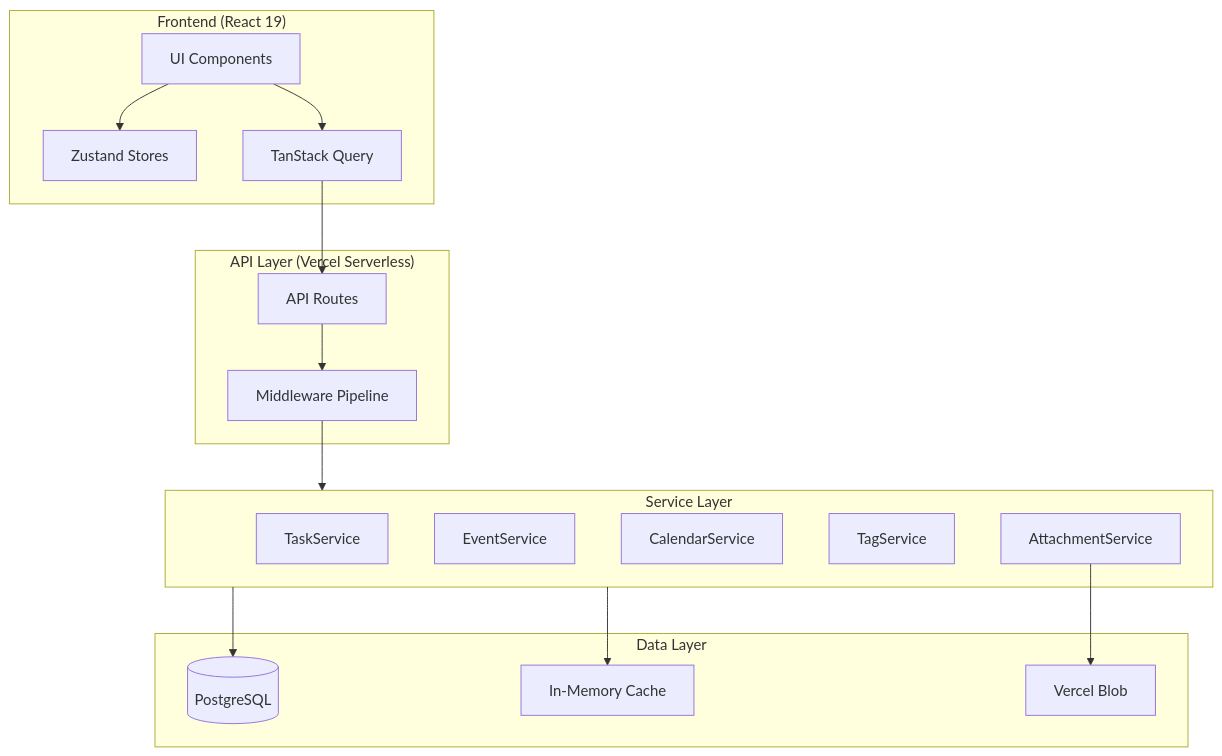
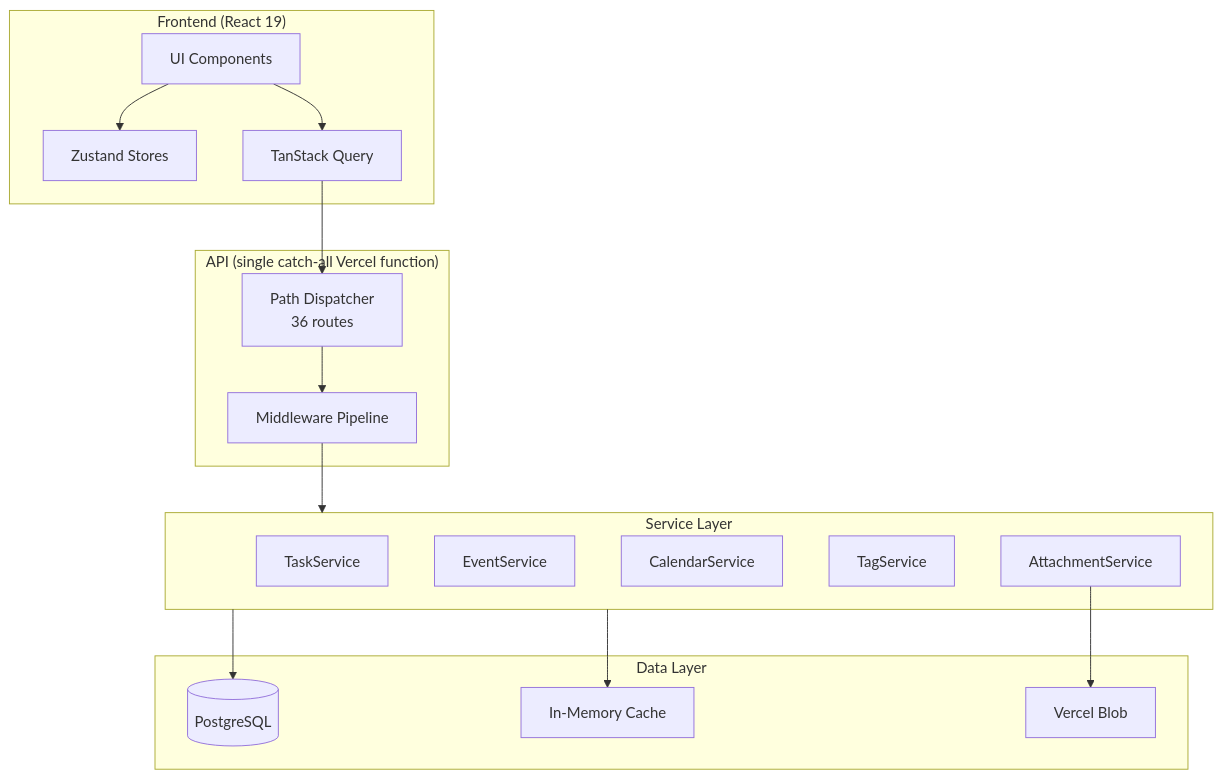
The first of 4 diagrams in README.md (yadava5/cadence), drawn with Mermaid before and after one commit. The commit also changed other lines of this file and 17 other files, not shown here.

````diff
--- a/README.md
+++ b/README.md
@@ -108,36 +103,36 @@
 ```mermaid
 flowchart TB
     subgraph Frontend["Frontend (React 19)"]
         UI[UI Components]
         Zustand[Zustand Stores]
         TanStack[TanStack Query]
     end
 
-    subgraph API["API Layer (Vercel Serverless)"]
-        Routes[API Routes]
+    subgraph API["API (single catch-all Vercel function)"]
+        Dispatch[Path Dispatcher<br/>36 routes]
         Middleware[Middleware Pipeline]
     end
 
     subgraph Services["Service Layer"]
         TaskSvc[TaskService]
         EventSvc[EventService]
         CalSvc[CalendarService]
         TagSvc[TagService]
         AttachSvc[AttachmentService]
     end
 
     subgraph Data["Data Layer"]
         PG[(PostgreSQL)]
         Cache[In-Memory Cache]
         Blob[Vercel Blob]
     end
 
     UI --> Zustand
     UI --> TanStack
-    TanStack --> Routes
-    Routes --> Middleware
+    TanStack --> Dispatch
+    Dispatch --> Middleware
     Middleware --> Services
     Services --> PG
     Services --> Cache
     AttachSvc --> Blob
 ```
````
